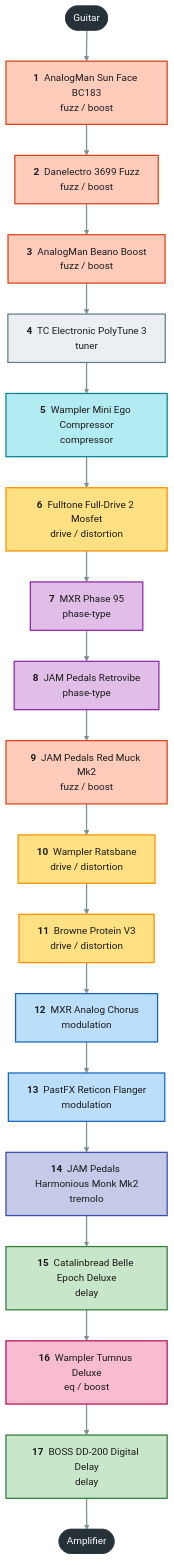
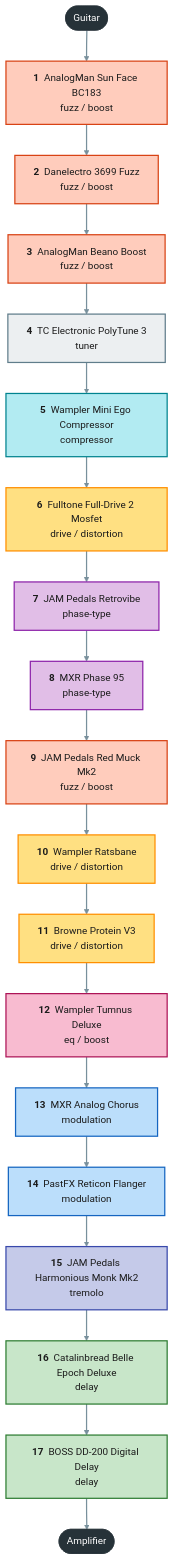
Before and after one commit to pedroacvieira/pedalboard: the first of 2 diagrams in projects/guitar-gig/README.md, drawn with Mermaid (base theme). The commit also changed other lines of this file and 8 other files, not shown here.

Commit message:
guitar-gig: new layout; Tumnus at the end of the drive section, Retrovibe before Phase 95, Exp jacks used; catalog: BOSS EV-30

````diff
--- a/projects/guitar-gig/README.md
+++ b/projects/guitar-gig/README.md
@@ -17,34 +17,34 @@
 ```mermaid
 flowchart TB
     guitar(["Guitar"]):::endpoint
     sun_face["<b>1</b> &nbsp;AnalogMan Sun Face BC183<br/>fuzz / boost"]:::c_fuzz___boost
     danelectro_3699["<b>2</b> &nbsp;Danelectro 3699 Fuzz<br/>fuzz / boost"]:::c_fuzz___boost
     beano["<b>3</b> &nbsp;AnalogMan Beano Boost<br/>fuzz / boost"]:::c_fuzz___boost
     polytune_3["<b>4</b> &nbsp;TC Electronic PolyTune 3<br/>tuner"]:::c_tuner
     mini_ego["<b>5</b> &nbsp;Wampler Mini Ego Compressor<br/>compressor"]:::c_compressor
     fulldrive_2["<b>6</b> &nbsp;Fulltone Full-Drive 2 Mosfet<br/>drive / distortion"]:::c_drive___distortion
-    phase_95["<b>7</b> &nbsp;MXR Phase 95<br/>phase-type"]:::c_phase_type
-    retrovibe["<b>8</b> &nbsp;JAM Pedals Retrovibe<br/>phase-type"]:::c_phase_type
+    retrovibe["<b>7</b> &nbsp;JAM Pedals Retrovibe<br/>phase-type"]:::c_phase_type
+    phase_95["<b>8</b> &nbsp;MXR Phase 95<br/>phase-type"]:::c_phase_type
     red_muck["<b>9</b> &nbsp;JAM Pedals Red Muck Mk2<br/>fuzz / boost"]:::c_fuzz___boost
     ratsbane["<b>10</b> &nbsp;Wampler Ratsbane<br/>drive / distortion"]:::c_drive___distortion
     protein["<b>11</b> &nbsp;Browne Protein V3<br/>drive / distortion"]:::c_drive___distortion
-    analog_chorus["<b>12</b> &nbsp;MXR Analog Chorus<br/>modulation"]:::c_modulation
-    reticon["<b>13</b> &nbsp;PastFX Reticon Flanger<br/>modulation"]:::c_modulation
-    monk["<b>14</b> &nbsp;JAM Pedals Harmonious Monk Mk2<br/>tremolo"]:::c_tremolo
-    belle_epoch["<b>15</b> &nbsp;Catalinbread Belle Epoch Deluxe<br/>delay"]:::c_delay
-    tumnus_deluxe["<b>16</b> &nbsp;Wampler Tumnus Deluxe<br/>eq / boost"]:::c_eq___boost
+    tumnus_deluxe["<b>12</b> &nbsp;Wampler Tumnus Deluxe<br/>eq / boost"]:::c_eq___boost
+    analog_chorus["<b>13</b> &nbsp;MXR Analog Chorus<br/>modulation"]:::c_modulation
+    reticon["<b>14</b> &nbsp;PastFX Reticon Flanger<br/>modulation"]:::c_modulation
+    monk["<b>15</b> &nbsp;JAM Pedals Harmonious Monk Mk2<br/>tremolo"]:::c_tremolo
+    belle_epoch["<b>16</b> &nbsp;Catalinbread Belle Epoch Deluxe<br/>delay"]:::c_delay
     boss_dd200["<b>17</b> &nbsp;BOSS DD-200 Digital Delay<br/>delay"]:::c_delay
     amp(["Amplifier"]):::endpoint
-    guitar --> sun_face --> danelectro_3699 --> beano --> polytune_3 --> mini_ego --> fulldrive_2 --> phase_95 --> retrovibe --> red_muck --> ratsbane --> protein --> analog_chorus --> reticon --> monk --> belle_epoch --> tumnus_deluxe --> boss_dd200 --> amp
+    guitar --> sun_face --> danelectro_3699 --> beano --> polytune_3 --> mini_ego --> fulldrive_2 --> retrovibe --> phase_95 --> red_muck --> ratsbane --> protein --> tumnus_deluxe --> analog_chorus --> reticon --> monk --> belle_epoch --> boss_dd200 --> amp
     classDef endpoint fill:#263238,stroke:#263238,color:#ffffff
     classDef c_tuner fill:#eceff1,stroke:#607d8b,stroke-width:2px,color:#1b1b1b
     classDef c_compressor fill:#b2ebf2,stroke:#00838f,stroke-width:2px,color:#1b1b1b
     classDef c_fuzz___boost fill:#ffccbc,stroke:#d84315,stroke-width:2px,color:#1b1b1b
     classDef c_drive___distortion fill:#ffe082,stroke:#ff8f00,stroke-width:2px,color:#1b1b1b
     classDef c_phase_type fill:#e1bee7,stroke:#8e24aa,stroke-width:2px,color:#1b1b1b
     classDef c_modulation fill:#bbdefb,stroke:#1565c0,stroke-width:2px,color:#1b1b1b
     classDef c_tremolo fill:#c5cae9,stroke:#3949ab,stroke-width:2px,color:#1b1b1b
     classDef c_delay fill:#c8e6c9,stroke:#2e7d32,stroke-width:2px,color:#1b1b1b
     classDef c_eq___boost fill:#f8bbd0,stroke:#ad1457,stroke-width:2px,color:#1b1b1b
     linkStyle default stroke:#78909c,stroke-width:2px
 ```
````
